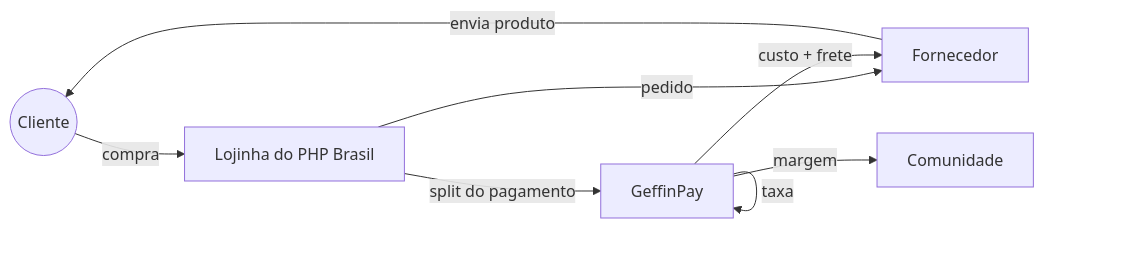
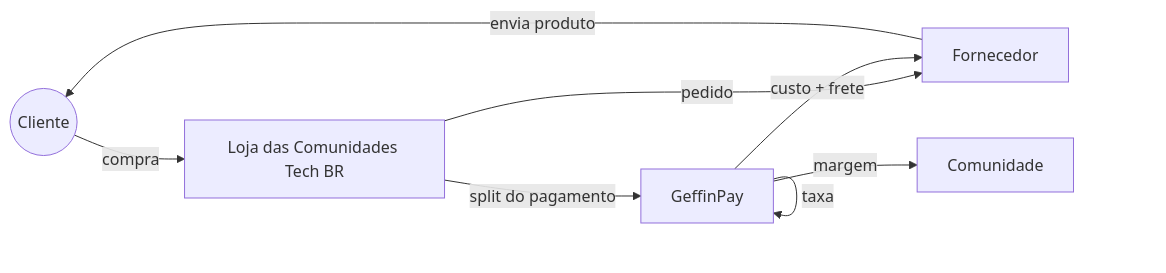
Before and after one commit to BdsOliveira/loja-tech-brasil: the first of 23 diagrams in modelo-de-negocios.md, drawn with Mermaid. The commit also changed other lines of this file, not shown here.

````diff
--- a/modelo-de-negocios.md
+++ b/modelo-de-negocios.md
@@ -45,10 +56,10 @@
 ```mermaid
 flowchart LR
-    C((Cliente)) -->|compra| L[Lojinha do PHP Brasil]
+    C((Cliente)) -->|compra| L[Loja das Comunidades Tech BR]
     L -->|pedido| F[Fornecedor]
     F -->|envia produto| C
     L -->|split do pagamento| G[GeffinPay]
     G -->|custo + frete| F
     G -->|margem| COM[Comunidade]
     G -->|taxa| G
 ```
````
